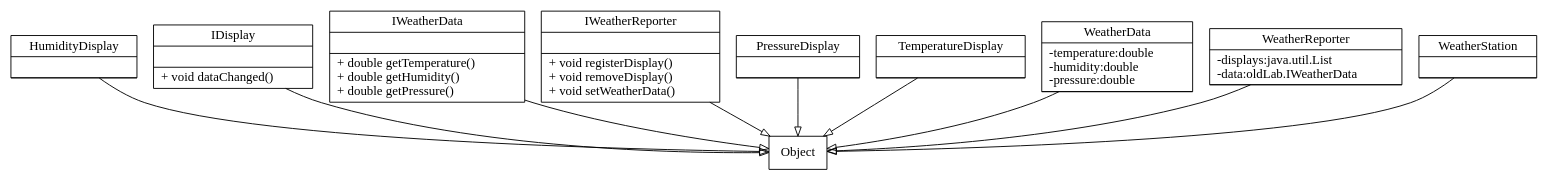
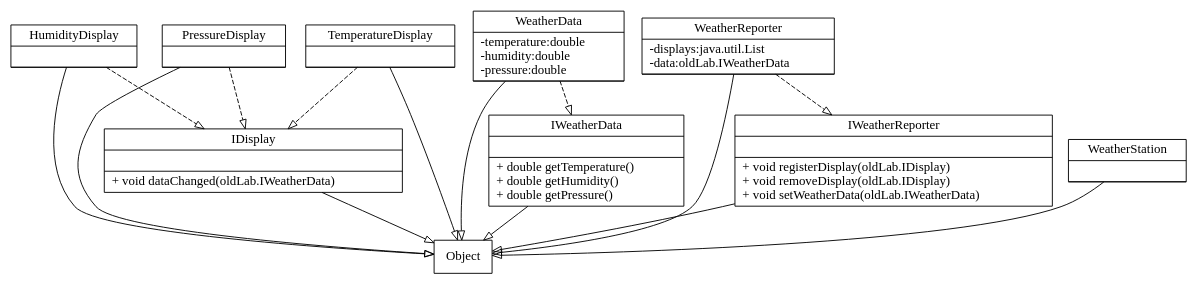
The diagram in input_output/class.dot (chinchalupa/CSSE374-Project), drawn with Graphviz before and after one commit. The commit also changed 8 other files, not shown here.

```diff
--- a/input_output/class.dot
+++ b/input_output/class.dot
@@ -1,60 +1,75 @@
 digraph G {
 
 fontname = "Bitstream Vera Sans"
 fontsize = 8
 
 node [shape = "record" ]
-HumidityDisplay [label = "{HumidityDisplay||+ void <init>()\l+ void dataChanged()\l}" ]
+HumidityDisplay [label = "{HumidityDisplay||+ void <init>()\l+ void dataChanged(oldLab.IWeatherData)\l}" ]
 
 node [shape = "record" ]
-IDisplay [label = "{IDisplay||+ void dataChanged()\l}" ]
+IDisplay [label = "{IDisplay||+ void dataChanged(oldLab.IWeatherData)\l}" ]
 
 node [shape = "record" ]
 IWeatherData [label = "{IWeatherData||+ double getTemperature()\l+ double getHumidity()\l+ double getPressure()\l}" ]
 
 node [shape = "record" ]
-IWeatherReporter [label = "{IWeatherReporter||+ void registerDisplay()\l+ void removeDisplay()\l+ void setWeatherData()\l}" ]
+IWeatherReporter [label = "{IWeatherReporter||+ void registerDisplay(oldLab.IDisplay)\l+ void removeDisplay(oldLab.IDisplay)\l+ void setWeatherData(oldLab.IWeatherData)\l}" ]
 
 node [shape = "record" ]
-PressureDisplay [label = "{PressureDisplay||+ void <init>()\l+ void dataChanged()\l}" ]
+PressureDisplay [label = "{PressureDisplay||+ void <init>()\l+ void dataChanged(oldLab.IWeatherData)\l}" ]
 
 node [shape = "record" ]
-TemperatureDisplay [label = "{TemperatureDisplay||+ void <init>()\l+ void dataChanged()\l}" ]
+TemperatureDisplay [label = "{TemperatureDisplay||+ void <init>()\l+ void dataChanged(oldLab.IWeatherData)\l}" ]
 
 node [shape = "record" ]
-WeatherData [label = "{WeatherData|-temperature:double\l-humidity:double\l-pressure:double\l|+ void <init>()\l+ double getTemperature()\l+ double getHumidity()\l+ double getPressure()\l+ boolean equals()\l+ int hashCode()\l}" ]
+WeatherData [label = "{WeatherData|-temperature:double\l-humidity:double\l-pressure:double\l|+ void <init>(double, double, double)\l+ double getTemperature()\l+ double getHumidity()\l+ double getPressure()\l+ boolean equals(java.lang.Object)\l+ int hashCode()\l}" ]
 
 node [shape = "record" ]
-WeatherReporter [label = "{WeatherReporter|-displays:java.util.List\l-data:oldLab.IWeatherData\l|+ void <init>()\l+ void registerDisplay()\l+ void removeDisplay()\l+ void setWeatherData()\l+ void notifyDisplays()\l}" ]
+WeatherReporter [label = "{WeatherReporter|-displays:java.util.List\l-data:oldLab.IWeatherData\l|+ void <init>()\l+ void registerDisplay(oldLab.IDisplay)\l+ void removeDisplay(oldLab.IDisplay)\l+ void setWeatherData(oldLab.IWeatherData)\l# void notifyDisplays()\l}" ]
 
 node [shape = "record" ]
-WeatherStation [label = "{WeatherStation||+ void <init>()\l+ void main()\l}" ]
+WeatherStation [label = "{WeatherStation||+ void <init>()\l+ void main(java.lang.String[])\l}" ]
 
 edge [arrowhead = "empty" style = solid ]
 HumidityDisplay -> Object
 
 edge [arrowhead = "empty" style = solid ]
 IDisplay -> Object
 
 edge [arrowhead = "empty" style = solid ]
 IWeatherData -> Object
 
 edge [arrowhead = "empty" style = solid ]
 IWeatherReporter -> Object
 
 edge [arrowhead = "empty" style = solid ]
 PressureDisplay -> Object
 
 edge [arrowhead = "empty" style = solid ]
 TemperatureDisplay -> Object
 
 edge [arrowhead = "empty" style = solid ]
 WeatherData -> Object
 
 edge [arrowhead = "empty" style = solid ]
 WeatherReporter -> Object
 
 edge [arrowhead = "empty" style = solid ]
 WeatherStation -> Object
 
+edge [arrowhead = "empty" style = "dashed" ]
+HumidityDisplay -> IDisplay
+
+edge [arrowhead = "empty" style = "dashed" ]
+PressureDisplay -> IDisplay
+
+edge [arrowhead = "empty" style = "dashed" ]
+TemperatureDisplay -> IDisplay
+
+edge [arrowhead = "empty" style = "dashed" ]
+WeatherData -> IWeatherData
+
+edge [arrowhead = "empty" style = "dashed" ]
+WeatherReporter -> IWeatherReporter
+
 }
```
